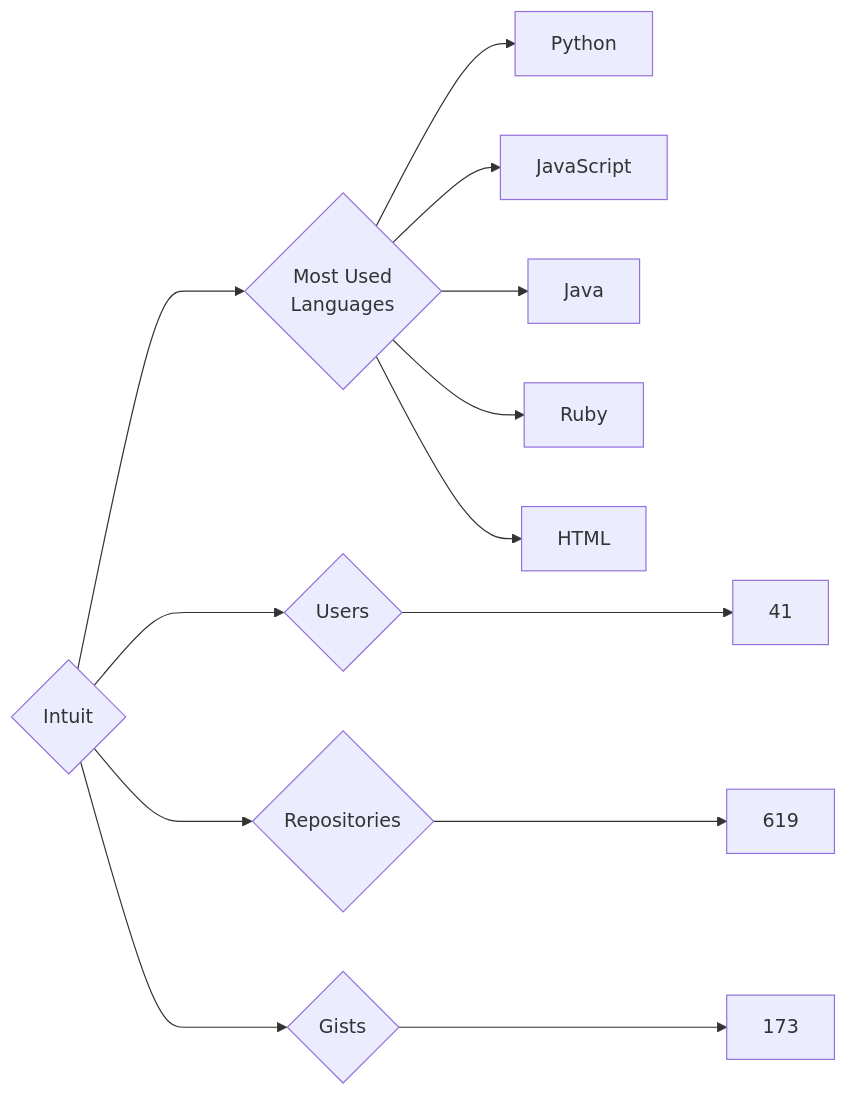
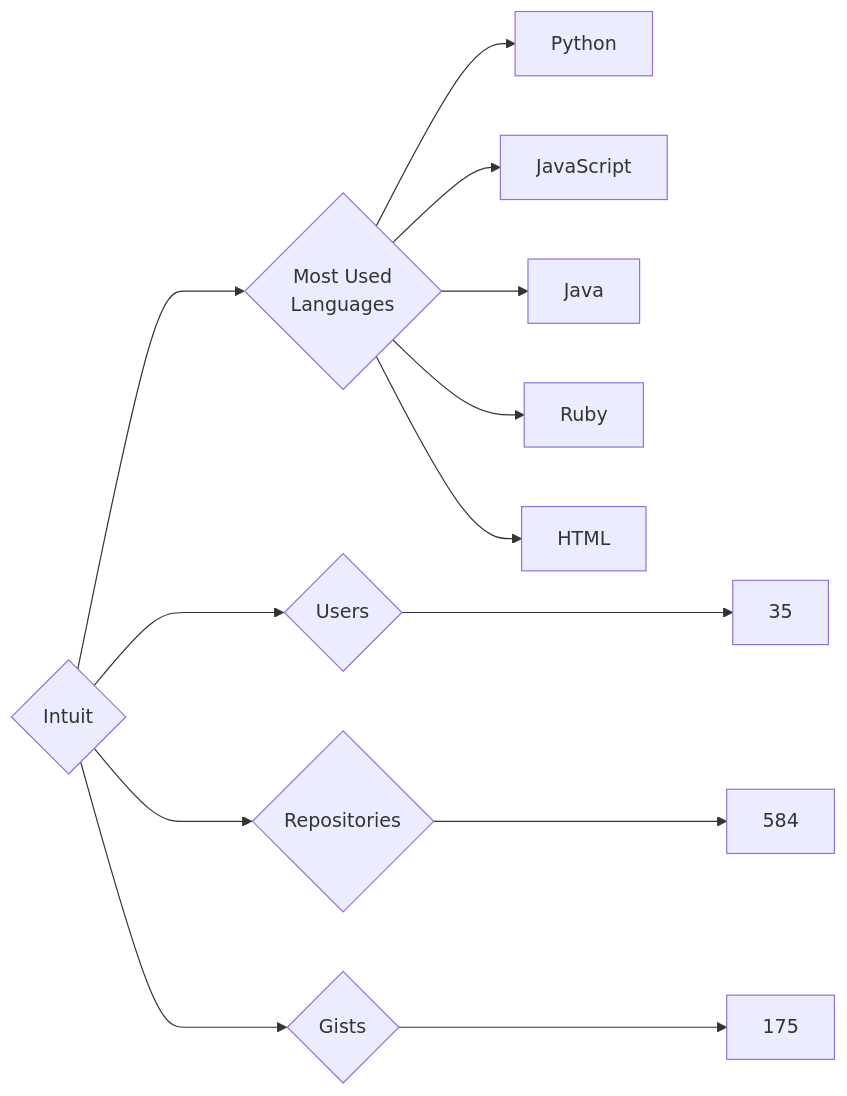
One commit to trickest/insiders changed the diagram in targets/Intuit/README.md. Above: the diagram before and after it, drawn with Mermaid. The commit also changed 894 other files, not shown here.

````diff
--- a/targets/Intuit/README.md
+++ b/targets/Intuit/README.md
@@ -3,13 +3,13 @@
 ```mermaid
 graph LR
 COMPANY_NAME{Intuit}
-COMPANY_NAME ---> U{Users} ---> UN[41]
-COMPANY_NAME ---> R{Repositories} ---> RN[619]
-COMPANY_NAME ---> G{Gists} ---> GN[173]
+COMPANY_NAME ---> U{Users} ---> UN[35]
+COMPANY_NAME ---> R{Repositories} ---> RN[584]
+COMPANY_NAME ---> G{Gists} ---> GN[175]
 COMPANY_NAME ---> ML{Most Used<br>Languages}
 ML --> Python[Python]
 ML --> JavaScript[JavaScript]
 ML --> Java[Java]
 ML --> Ruby[Ruby]
 ML --> HTML[HTML]
 ```
````
